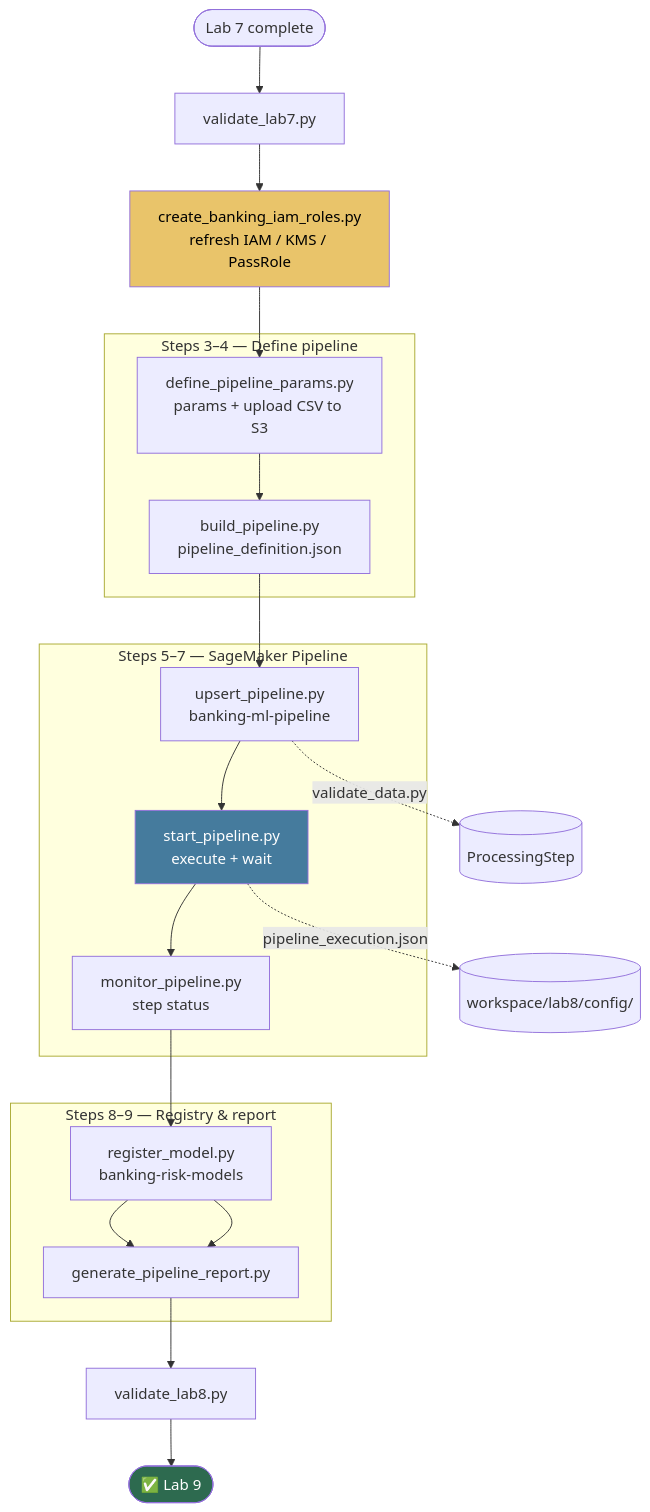
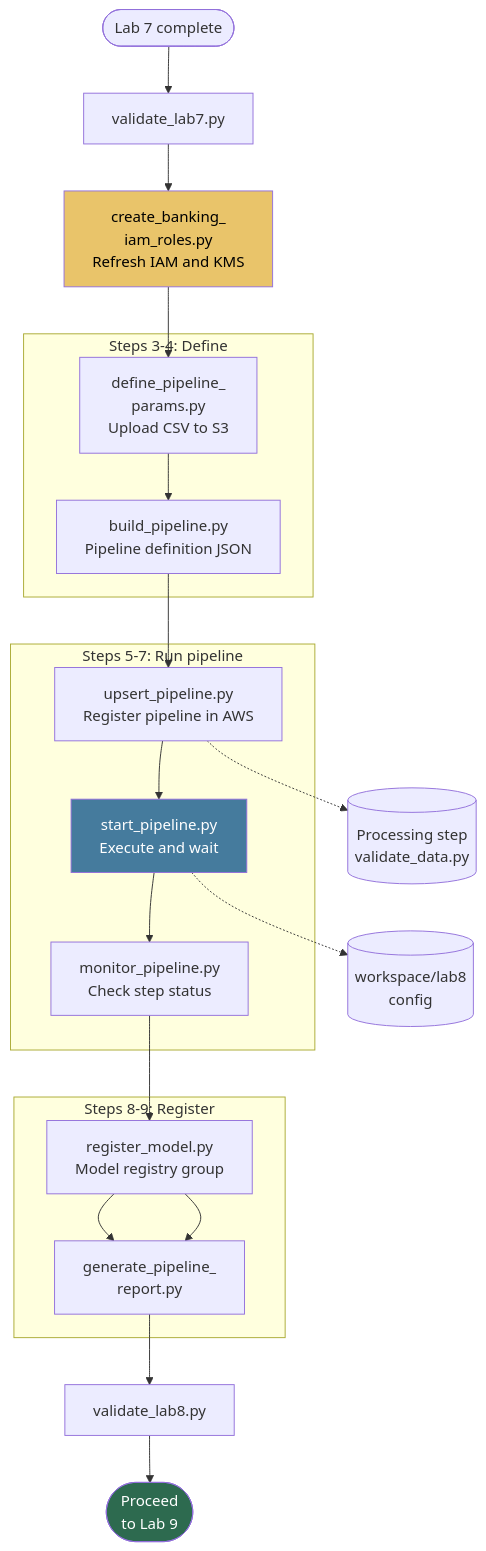
The diagram in lab8/README.md (Innovation-In-Software/ai-infra-mlops), drawn with Mermaid before and after one commit. The commit also changed 10 other files, not shown here.

Commit message:
Fix lab flowcharts: multiline quoted labels to prevent text truncation.

````diff
--- a/lab8/README.md
+++ b/lab8/README.md
@@ -43,37 +43,37 @@
 ```mermaid
 flowchart TB
-    START([Lab 7 complete]) --> V7[validate_lab7.py]
-    V7 --> IAM[create_banking_iam_roles.py<br/>refresh IAM / KMS / PassRole]
+    START(["Lab 7 complete"]) --> V7["validate_lab7.py"]
+    V7 --> IAM["create_banking_<br/>iam_roles.py<br/>Refresh IAM and KMS"]
 
-    subgraph Define["Steps 3–4 — Define pipeline"]
-        P1[define_pipeline_params.py<br/>params + upload CSV to S3]
-        P2[build_pipeline.py<br/>pipeline_definition.json]
+    subgraph Define["Steps 3-4: Define"]
+        P1["define_pipeline_<br/>params.py<br/>Upload CSV to S3"]
+        P2["build_pipeline.py<br/>Pipeline definition JSON"]
         P1 --> P2
     end
 
-    subgraph AWS["Steps 5–7 — SageMaker Pipeline"]
-        UP[upsert_pipeline.py<br/>banking-ml-pipeline]
-        ST[start_pipeline.py<br/>execute + wait]
-        MO[monitor_pipeline.py<br/>step status]
+    subgraph AWS["Steps 5-7: Run pipeline"]
+        UP["upsert_pipeline.py<br/>Register pipeline in AWS"]
+        ST["start_pipeline.py<br/>Execute and wait"]
+        MO["monitor_pipeline.py<br/>Check step status"]
         UP --> ST --> MO
     end
 
-    subgraph Registry["Steps 8–9 — Registry & report"]
-        REG[register_model.py<br/>banking-risk-models]
-        REP[generate_pipeline_report.py]
+    subgraph Registry["Steps 8-9: Register"]
+        REG["register_model.py<br/>Model registry group"]
+        REP["generate_pipeline_<br/>report.py"]
         REG --> REP
     end
 
-    VAL[validate_lab8.py] --> OK([✅ Lab 9])
+    VAL["validate_lab8.py"] --> OK(["Proceed<br/>to Lab 9"])
 
     IAM --> P1
     P2 --> UP
     MO --> REG --> REP --> VAL
 
-    UP -.->|validate_data.py| PROC[(ProcessingStep)]
-    ST -.->|pipeline_execution.json| WS[(workspace/lab8/config/)]
+    UP -.-> PROC[("Processing step<br/>validate_data.py")]
+    ST -.-> WS[("workspace/lab8<br/>config")]
 
     style OK fill:#2d6a4f,color:#fff
     style ST fill:#457b9d,color:#fff
     style IAM fill:#e9c46a,color:#000
 ```
````
